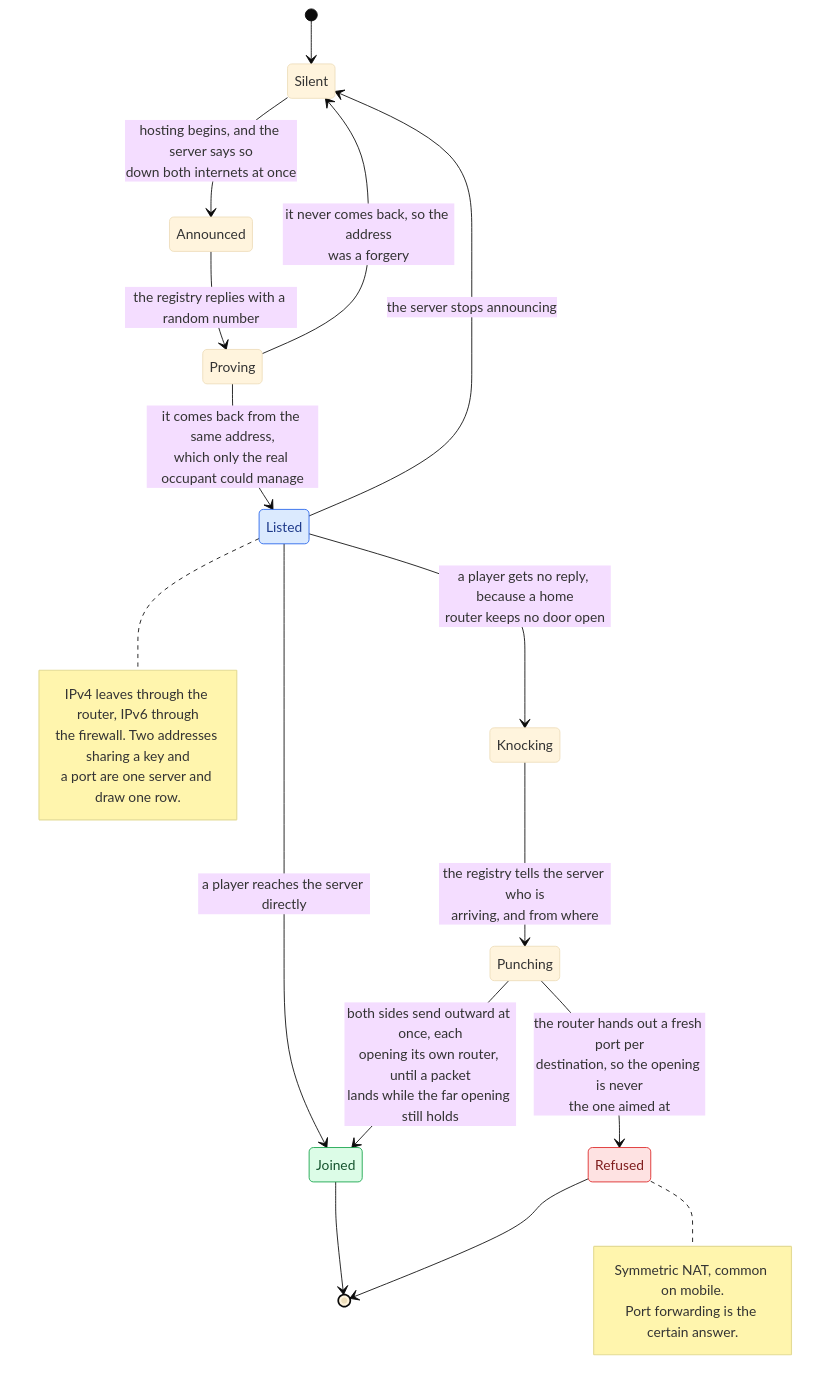
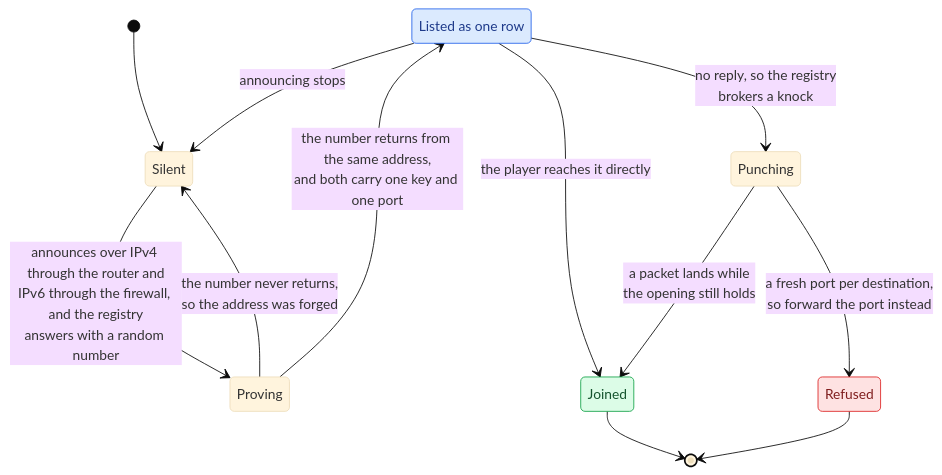
One commit to rc4l/ForkUnderA changed the diagram in README.server-registry.md. Above: the diagram before and after it, drawn with Mermaid (base theme).

Commit message:
Fit the registry diagram on one screen

````diff
--- a/README.server-registry.md
+++ b/README.server-registry.md
@@ -5,32 +5,28 @@
 ```mermaid
 stateDiagram-v2
     direction TB
 
+    state "Listed as one row" as Listed
+
     [*] --> Silent
 
-    Silent --> Announced : hosting begins, and the server says so<br/>down both internets at once
-    Announced --> Proving : the registry replies with a random number
-    Proving --> Silent : it never comes back, so the address<br/>was a forgery
-    Proving --> Listed : it comes back from the same address,<br/>which only the real occupant could manage
-    Listed --> Silent : the server stops announcing
+    Silent --> Proving : announces over IPv4 through the router and<br/>IPv6 through the firewall, and the registry<br/>answers with a random number
+    Proving --> Silent : the number never returns,<br/>so the address was forged
+    Proving --> Listed : the number returns from the same address,<br/>and both carry one key and one port
+    Listed --> Silent : announcing stops
 
-    Listed --> Joined : a player reaches the server directly
-    Listed --> Knocking : a player gets no reply, because a home<br/>router keeps no door open
-
-    Knocking --> Punching : the registry tells the server who is<br/>arriving, and from where
-    Punching --> Joined : both sides send outward at once, each<br/>opening its own router, until a packet<br/>lands while the far opening still holds
-    Punching --> Refused : the router hands out a fresh port per<br/>destination, so the opening is never<br/>the one aimed at
+    Listed --> Joined : the player reaches it directly
+    Listed --> Punching : no reply, so the registry<br/>brokers a knock
+    Punching --> Joined : a packet lands while<br/>the opening still holds
+    Punching --> Refused : a fresh port per destination,<br/>so forward the port instead
 
     Joined --> [*]
     Refused --> [*]
-
-    note right of Listed : IPv4 leaves through the router, IPv6 through<br/>the firewall. Two addresses sharing a key and<br/>a port are one server and draw one row.
-    note right of Refused : Symmetric NAT, common on mobile.<br/>Port forwarding is the certain answer.
 
     classDef good fill:#dcfce7,stroke:#16a34a,color:#14532d
     classDef bad fill:#fee2e2,stroke:#dc2626,color:#7f1d1d
     classDef live fill:#dbeafe,stroke:#2563eb,color:#1e3a8a
     class Joined good
     class Refused bad
     class Listed live
 ```
````
